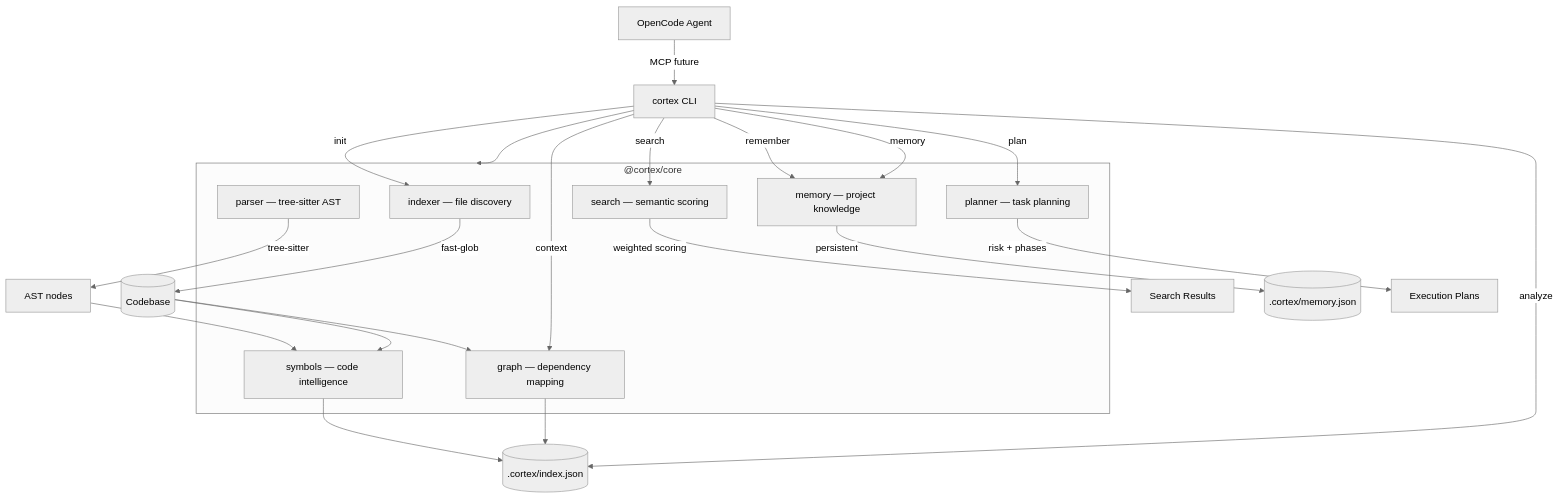
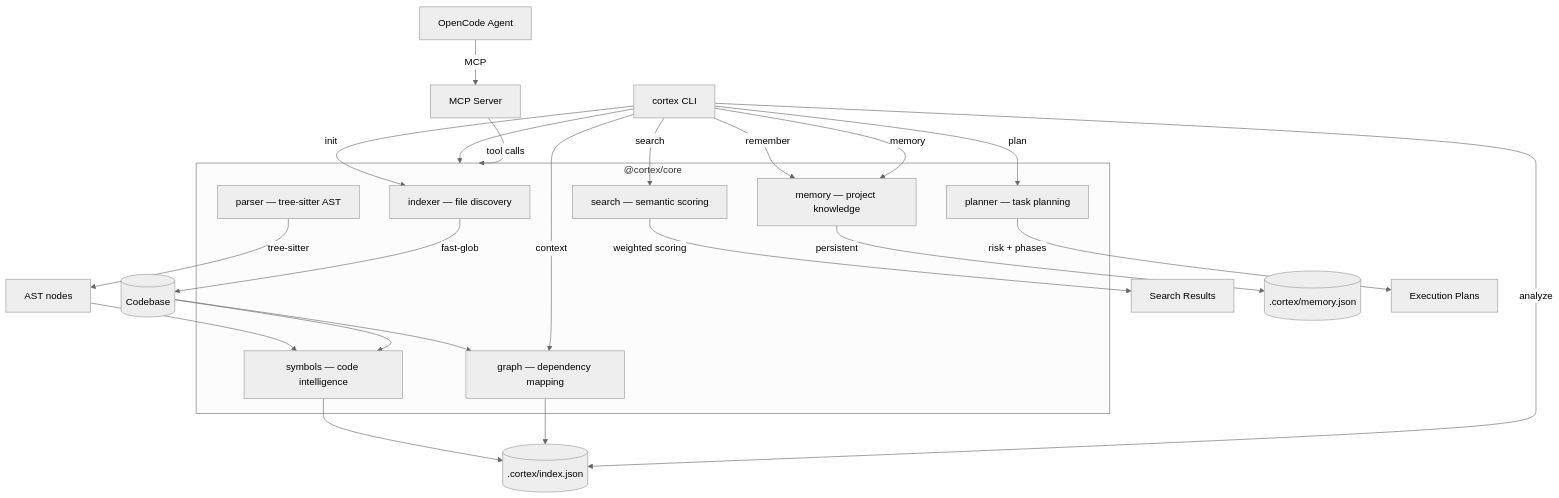
Before and after one commit to benogoulart/Cortex: the diagram in README.md, drawn with Mermaid (neutral theme). The commit also changed other lines of this file and 2 other files, not shown here.

First line of the commit message:
feat: add MCP server package (@cortex/mcp v0.6.0)

````diff
--- a/README.md
+++ b/README.md
@@ -323,35 +323,36 @@
 ```mermaid
 graph TD
     CLI["cortex CLI"] --> Core["@cortex/core"]
 
     subgraph Core["@cortex/core"]
         Indexer["indexer — file discovery"]
         Parser["parser — tree-sitter AST"]
         Symbols["symbols — code intelligence"]
         Graph["graph — dependency mapping"]
         Search["search — semantic scoring"]
         Memory["memory — project knowledge"]
         Planner["planner — task planning"]
     end
 
     Indexer --> |fast-glob| Files[("Codebase")]
     Parser --> |tree-sitter| AST["AST nodes"]
     AST --> Symbols
     Files --> Symbols
     Symbols --> Index[(".cortex/index.json")]
     Files --> Graph
     Graph --> Index
     Search --> |weighted scoring| Results["Search Results"]
     Memory --> |persistent| MemoryStore[(".cortex/memory.json")]
     Planner --> |risk + phases| Plans["Execution Plans"]
 
     CLI --> |init| Indexer
     CLI --> |analyze| Index
     CLI --> |search| Search
     CLI --> |context| Graph
     CLI --> |remember| Memory
     CLI --> |memory| Memory
     CLI --> |plan| Planner
 
-    OpenCode["OpenCode Agent"] --> |MCP future| CLI
+    OpenCode["OpenCode Agent"] --> |MCP| MCP["MCP Server"]
+    MCP --> |tool calls| Core
 ```
````
